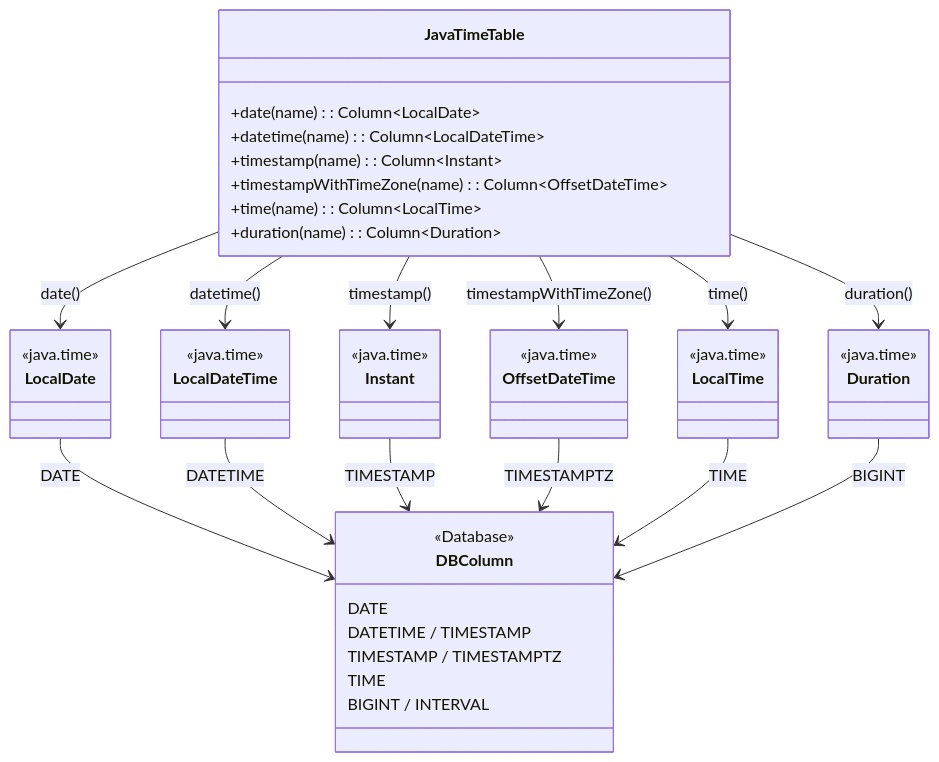
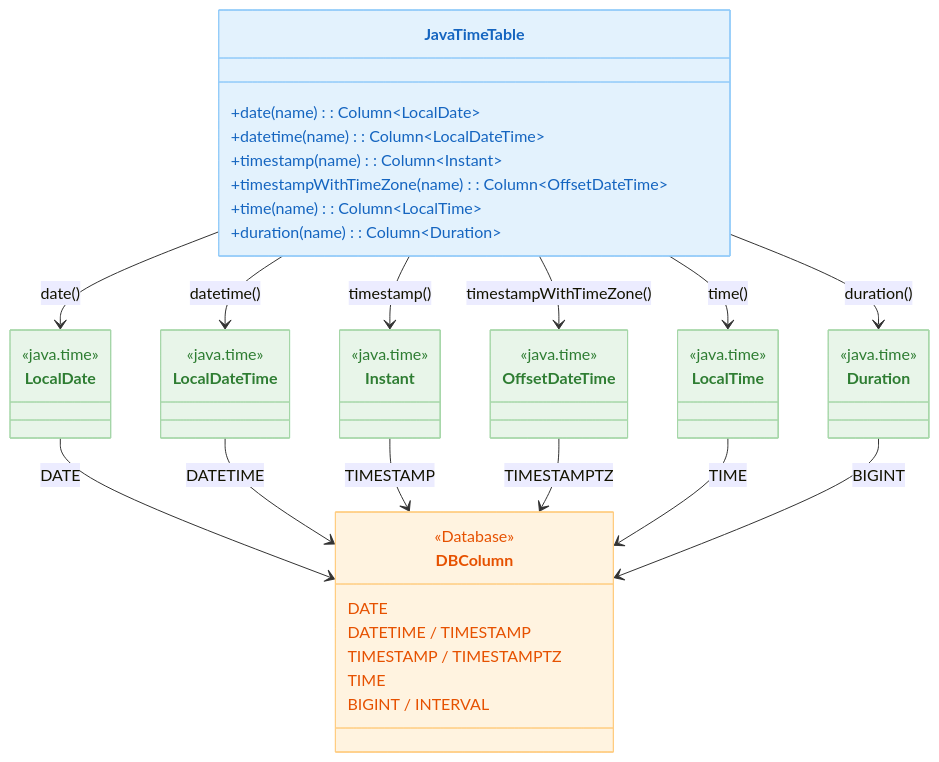
The diagram in 06-advanced/02-exposed-javatime/README.md (bluetape4k/exposed-workshop), drawn with Mermaid before and after one commit. The commit also changed 56 other files, not shown here.

First line of the commit message:
docs: 전체 README mermaid 다이어그램에 파스텔 톤 색상 적용

````diff
--- a/06-advanced/02-exposed-javatime/README.md
+++ b/06-advanced/02-exposed-javatime/README.md
@@ -17,52 +17,61 @@
 ```mermaid
 classDiagram
     class JavaTimeTable {
         +date(name): Column~LocalDate~
         +datetime(name): Column~LocalDateTime~
         +timestamp(name): Column~Instant~
         +timestampWithTimeZone(name): Column~OffsetDateTime~
         +time(name): Column~LocalTime~
         +duration(name): Column~Duration~
     }
 
     class LocalDate {
         <<java.time>>
     }
     class LocalDateTime {
         <<java.time>>
     }
     class Instant {
         <<java.time>>
     }
     class OffsetDateTime {
         <<java.time>>
     }
     class LocalTime {
         <<java.time>>
     }
     class Duration {
         <<java.time>>
     }
 
     class DBColumn {
         <<Database>>
         DATE
         DATETIME / TIMESTAMP
         TIMESTAMP / TIMESTAMPTZ
         TIME
         BIGINT / INTERVAL
     }
 
     JavaTimeTable --> LocalDate : date()
     JavaTimeTable --> LocalDateTime : datetime()
     JavaTimeTable --> Instant : timestamp()
     JavaTimeTable --> OffsetDateTime : timestampWithTimeZone()
     JavaTimeTable --> LocalTime : time()
     JavaTimeTable --> Duration : duration()
     LocalDate --> DBColumn : DATE
     LocalDateTime --> DBColumn : DATETIME
     Instant --> DBColumn : TIMESTAMP
     OffsetDateTime --> DBColumn : TIMESTAMPTZ
     LocalTime --> DBColumn : TIME
     Duration --> DBColumn : BIGINT
+
+    style JavaTimeTable fill:#E3F2FD,stroke:#90CAF9,color:#1565C0
+    style LocalDate fill:#E8F5E9,stroke:#A5D6A7,color:#2E7D32
+    style LocalDateTime fill:#E8F5E9,stroke:#A5D6A7,color:#2E7D32
+    style Instant fill:#E8F5E9,stroke:#A5D6A7,color:#2E7D32
+    style OffsetDateTime fill:#E8F5E9,stroke:#A5D6A7,color:#2E7D32
+    style LocalTime fill:#E8F5E9,stroke:#A5D6A7,color:#2E7D32
+    style Duration fill:#E8F5E9,stroke:#A5D6A7,color:#2E7D32
+    style DBColumn fill:#FFF3E0,stroke:#FFCC80,color:#E65100
 ```
````
